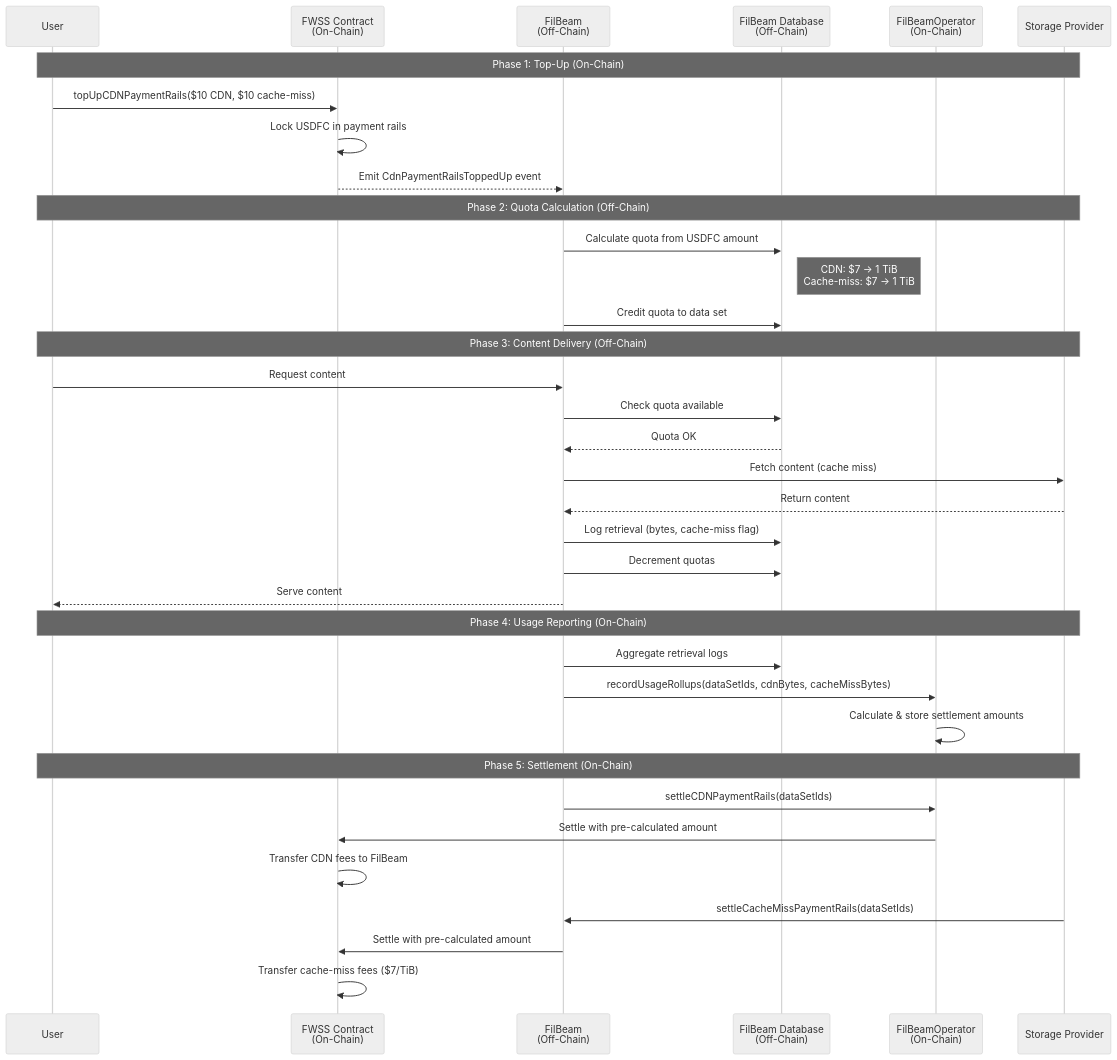
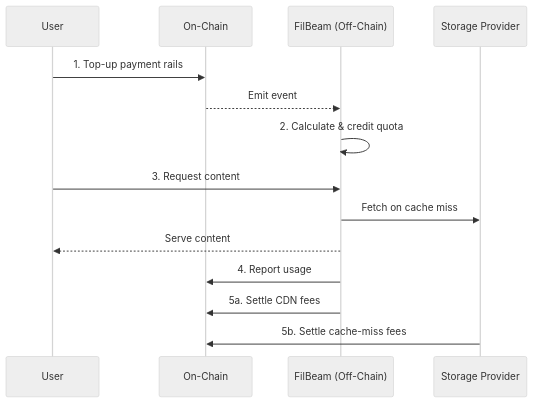
The second of 5 diagrams in explanation/payment-model.md (filbeam/docs), drawn with Mermaid (neutral theme) before and after one commit.

Commit message:
simplify complete payment flow chart

````diff
--- a/explanation/payment-model.md
+++ b/explanation/payment-model.md
@@ -64,42 +64,19 @@
 ```mermaid
 sequenceDiagram
     participant User
-    participant FWSS as FWSS Contract<br/>(On-Chain)
-    participant FilBeam as FilBeam<br/>(Off-Chain)
-    participant DB as FilBeam Database<br/>(Off-Chain)
-    participant Operator as FilBeamOperator<br/>(On-Chain)
+    participant Chain as On-Chain
+    participant FilBeam as FilBeam (Off-Chain)
     participant SP as Storage Provider
 
-    Note over User,SP: Phase 1: Top-Up (On-Chain)
-    User->>FWSS: topUpCDNPaymentRails($10 CDN, $10 cache-miss)
-    FWSS->>FWSS: Lock USDFC in payment rails
-    FWSS-->>FilBeam: Emit CdnPaymentRailsToppedUp event
+    User->>Chain: 1. Top-up payment rails
+    Chain-->>FilBeam: Emit event
+    FilBeam->>FilBeam: 2. Calculate & credit quota
 
-    Note over User,SP: Phase 2: Quota Calculation (Off-Chain)
-    FilBeam->>DB: Calculate quota from USDFC amount
-    Note right of DB: CDN: $7 → 1 TiB<br/>Cache-miss: $7 → 1 TiB
-    FilBeam->>DB: Credit quota to data set
-
-    Note over User,SP: Phase 3: Content Delivery (Off-Chain)
-    User->>FilBeam: Request content
-    FilBeam->>DB: Check quota available
-    DB-->>FilBeam: Quota OK
-    FilBeam->>SP: Fetch content (cache miss)
-    SP-->>FilBeam: Return content
-    FilBeam->>DB: Log retrieval (bytes, cache-miss flag)
-    FilBeam->>DB: Decrement quotas
+    User->>FilBeam: 3. Request content
+    FilBeam->>SP: Fetch on cache miss
     FilBeam-->>User: Serve content
 
-    Note over User,SP: Phase 4: Usage Reporting (On-Chain)
-    FilBeam->>DB: Aggregate retrieval logs
-    FilBeam->>Operator: recordUsageRollups(dataSetIds, cdnBytes, cacheMissBytes)
-    Operator->>Operator: Calculate & store settlement amounts
-
-    Note over User,SP: Phase 5: Settlement (On-Chain)
-    FilBeam->>Operator: settleCDNPaymentRails(dataSetIds)
-    Operator->>FWSS: Settle with pre-calculated amount
-    FWSS->>FWSS: Transfer CDN fees to FilBeam
-    SP->>FilBeam: settleCacheMissPaymentRails(dataSetIds)
-    FilBeam->>FWSS: Settle with pre-calculated amount
-    FWSS->>FWSS: Transfer cache-miss fees ($7/TiB)
+    FilBeam->>Chain: 4. Report usage
+    FilBeam->>Chain: 5a. Settle CDN fees
+    SP->>Chain: 5b. Settle cache-miss fees
 ```
````
